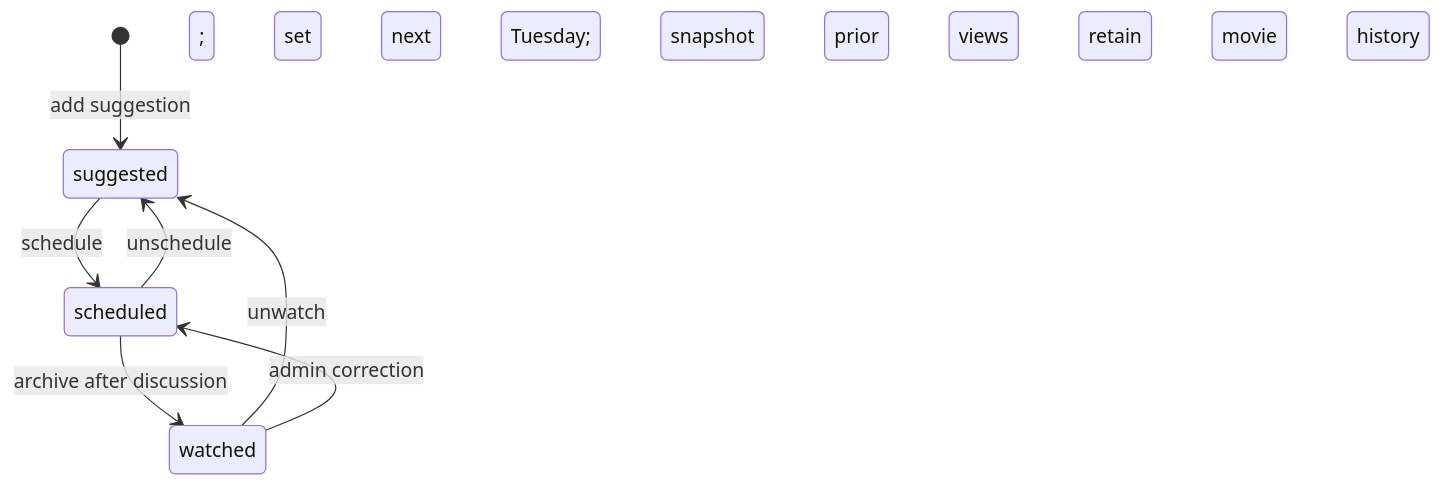
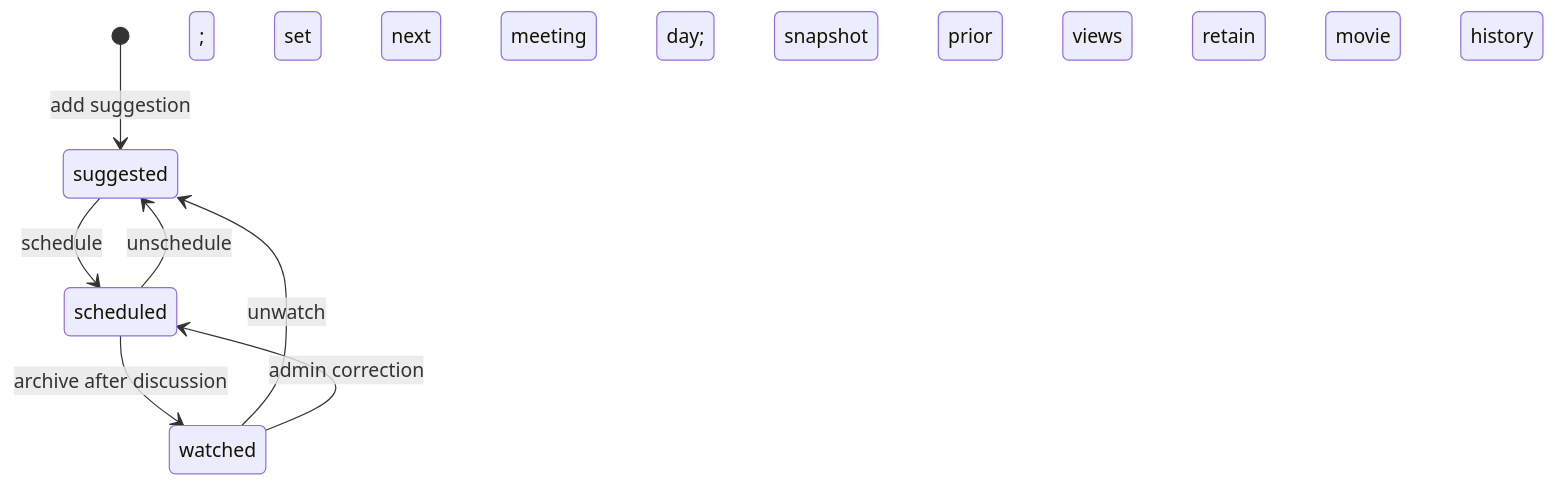
The fourth of 4 diagrams in docs/ARCHITECTURE.md (crdenn/filmclub), drawn with Mermaid before and after one commit. The commit also changed other lines of this file and 8 other files, not shown here.

First line of the commit message:
Make the default meeting day and time admin-configurable

````diff
--- a/docs/ARCHITECTURE.md
+++ b/docs/ARCHITECTURE.md
@@ -210,9 +210,9 @@
 ```mermaid
 stateDiagram-v2
     [*] --> suggested: add suggestion
-    suggested --> scheduled: schedule; set next Tuesday; snapshot prior views
+    suggested --> scheduled: schedule; set next meeting day; snapshot prior views
     scheduled --> watched: archive after discussion
     scheduled --> suggested: unschedule; retain movie history
     watched --> suggested: unwatch; retain movie history
     watched --> scheduled: admin correction; retain movie history
 ```
````
